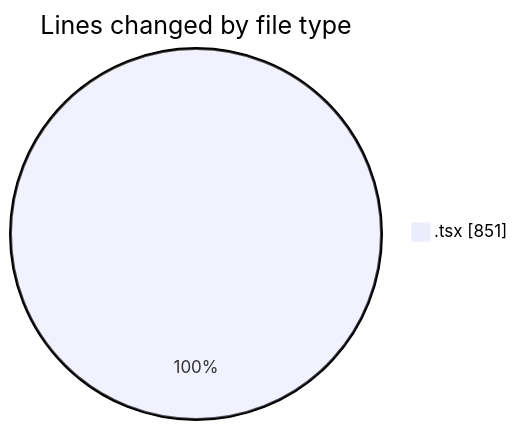
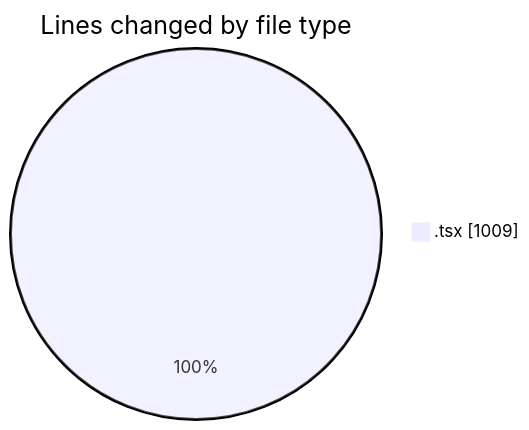
One commit to JenPaints/code-tracking changed the first of 2 diagrams in 2025-05-28/kimberly-groups/README.md. Above: the diagram before and after it, drawn with Mermaid. The commit also changed other lines of this file and 1 other file, not shown here.

````diff
--- a/2025-05-28/kimberly-groups/README.md
+++ b/2025-05-28/kimberly-groups/README.md
@@ -25,5 +27,5 @@
 ```mermaid
 pie showData
 title Lines changed by file type
-".tsx" : 851
+".tsx" : 1009
 ```
````
